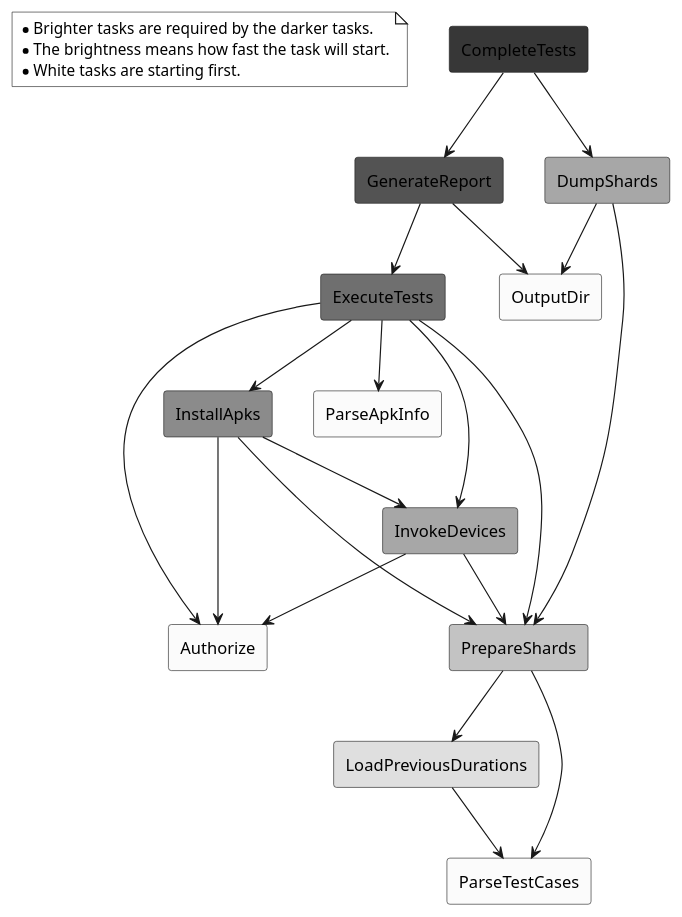
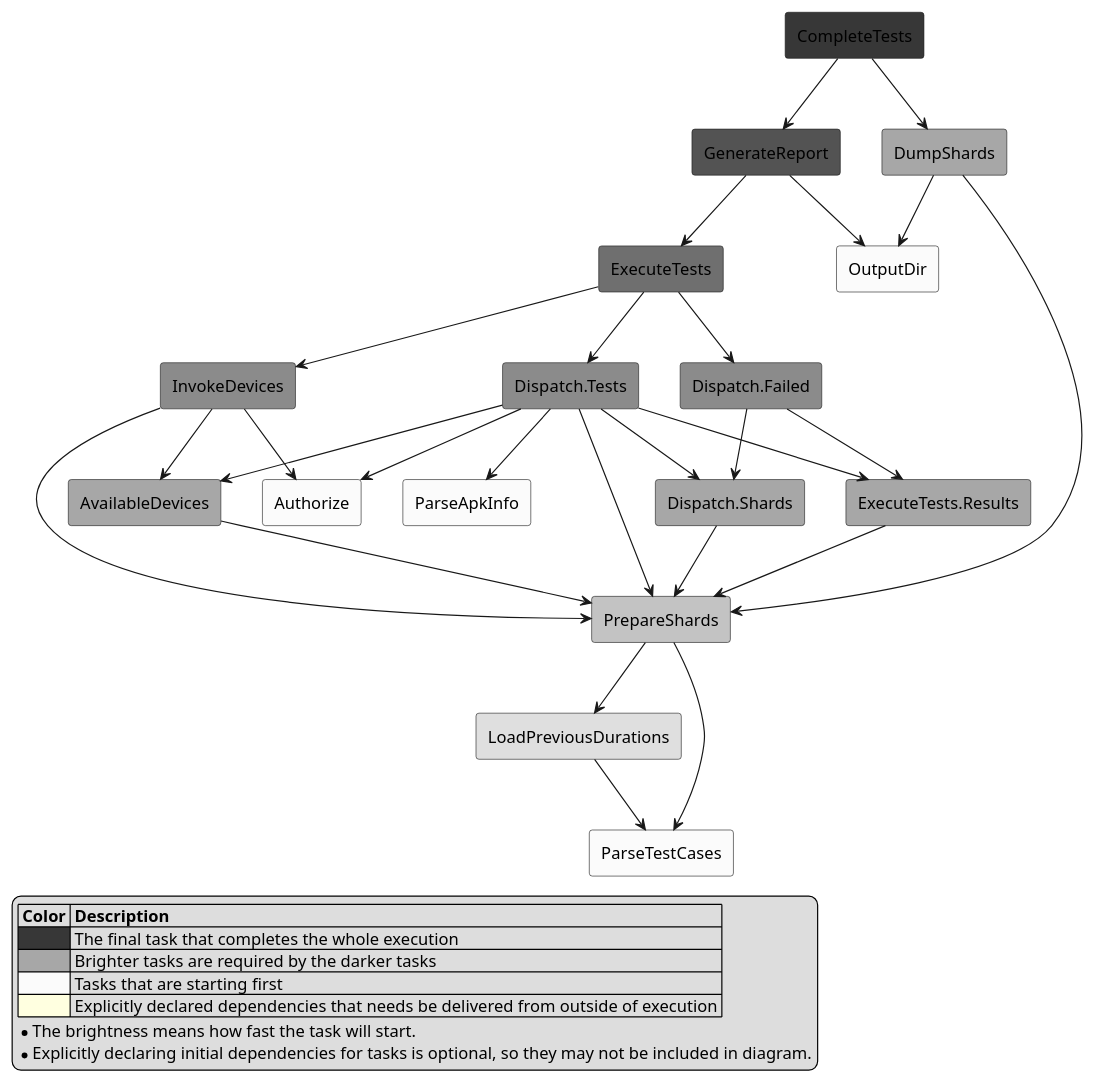
One commit to Flank/flank changed the diagram in corellium/domain/TestAndroid-execute.puml. Above: the diagram before and after it, drawn with PlantUML. The commit also changed 22 other files, not shown here.

First line of the commit message:
feat: Rerun failed tests (#2092)

```diff
--- a/corellium/domain/TestAndroid-execute.puml
+++ b/corellium/domain/TestAndroid-execute.puml
@@ -1,44 +1,59 @@
 @startuml
 
 skinparam componentStyle rectangle
 
-note as N #ffffff
-* Brighter tasks are required by the darker tasks.
-* The brightness means how fast the task will start.
-* White tasks are starting first.
-end note
+legend left
+  |= Color |= Description |
+  |<#373737>| The final task that completes the whole execution |
+  |<#a7a7a7>| Brighter tasks are required by the darker tasks |
+  |<#fbfbfb>| Tasks that are starting first |
+  |<#LightYellow>| Explicitly declared dependencies that needs be delivered from outside of execution |
+  * The brightness means how fast the task will start.
+  * Explicitly declaring initial dependencies for tasks is optional, so they may not be included in diagram.
+end legend
 
 [Authorize] #fbfbfb
 [OutputDir] #fbfbfb
 [ParseApkInfo] #fbfbfb
 [ParseTestCases] #fbfbfb
 [LoadPreviousDurations] #dfdfdf
 [PrepareShards] #c3c3c3
+[Dispatch.Shards] #a7a7a7
 [DumpShards] #a7a7a7
-[InvokeDevices] #a7a7a7
-[InstallApks] #8b8b8b
+[ExecuteTests.Results] #a7a7a7
+[AvailableDevices] #a7a7a7
+[Dispatch.Tests] #8b8b8b
+[Dispatch.Failed] #8b8b8b
+[InvokeDevices] #8b8b8b
 [ExecuteTests] #6f6f6f
 [GenerateReport] #535353
 [CompleteTests] #373737
 
+[Dispatch.Shards] --> [PrepareShards]
+[Dispatch.Tests] --> [ParseApkInfo]
+[Dispatch.Tests] --> [Authorize]
+[Dispatch.Tests] --> [PrepareShards]
+[Dispatch.Tests] --> [AvailableDevices]
+[Dispatch.Tests] --> [Dispatch.Shards]
+[Dispatch.Tests] --> [ExecuteTests.Results]
+[Dispatch.Failed] --> [Dispatch.Shards]
+[Dispatch.Failed] --> [ExecuteTests.Results]
 [DumpShards] --> [PrepareShards]
 [DumpShards] --> [OutputDir]
-[ExecuteTests] --> [PrepareShards]
-[ExecuteTests] --> [ParseApkInfo]
-[ExecuteTests] --> [Authorize]
 [ExecuteTests] --> [InvokeDevices]
-[ExecuteTests] --> [InstallApks]
+[ExecuteTests] --> [Dispatch.Tests]
+[ExecuteTests] --> [Dispatch.Failed]
 [CompleteTests] --> [GenerateReport]
 [CompleteTests] --> [DumpShards]
 [GenerateReport] --> [ExecuteTests]
 [GenerateReport] --> [OutputDir]
-[InstallApks] --> [Authorize]
-[InstallApks] --> [PrepareShards]
-[InstallApks] --> [InvokeDevices]
+[ExecuteTests.Results] --> [PrepareShards]
+[AvailableDevices] --> [PrepareShards]
 [InvokeDevices] --> [Authorize]
 [InvokeDevices] --> [PrepareShards]
+[InvokeDevices] --> [AvailableDevices]
 [LoadPreviousDurations] --> [ParseTestCases]
 [PrepareShards] --> [ParseTestCases]
 [PrepareShards] --> [LoadPreviousDurations]
 
 @enduml
```
